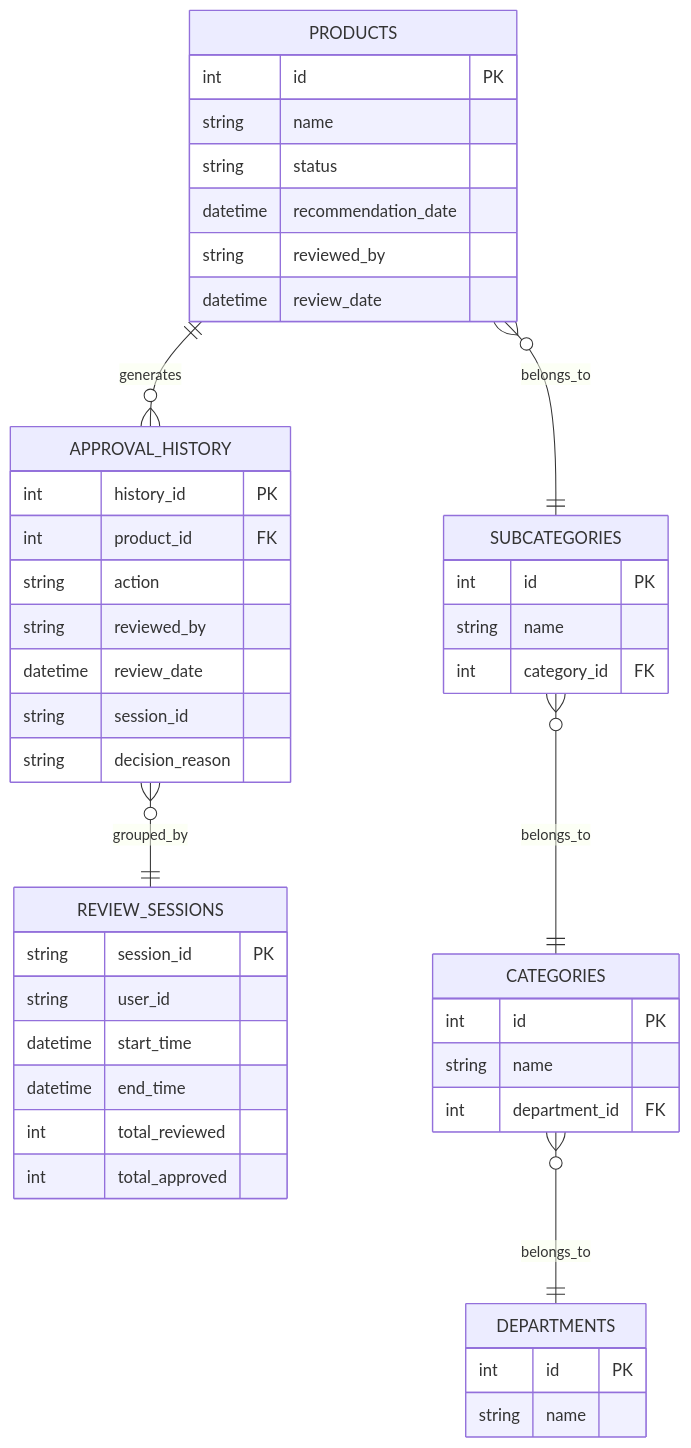
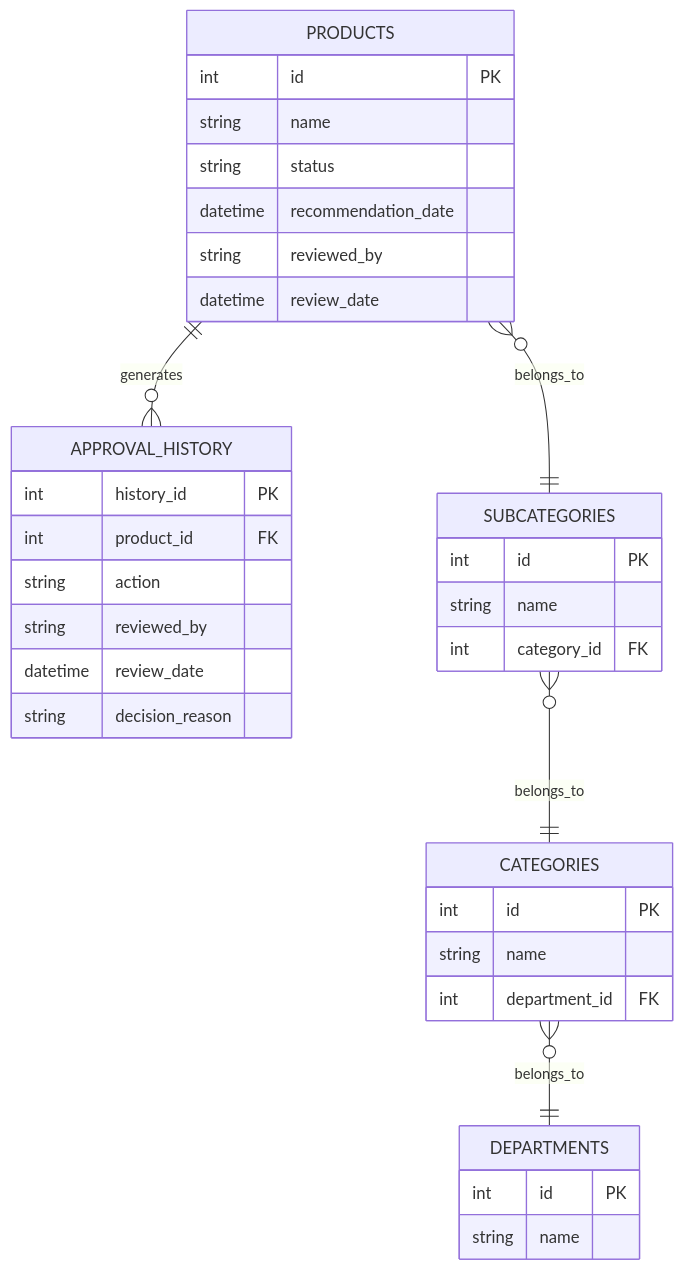
The second of 6 diagrams in RECOMMENDED_PRODUCTS_PLAN.md (azen-alex/streamlit), drawn with Mermaid before and after one commit. The commit also changed other lines of this file and 1 other file, not shown here.

First line of the commit message:
Remove review sessions feature from documentation and code

````diff
--- a/RECOMMENDED_PRODUCTS_PLAN.md
+++ b/RECOMMENDED_PRODUCTS_PLAN.md
@@ -111,53 +110,42 @@
 ```mermaid
 erDiagram
     PRODUCTS {
         int id PK
         string name
         string status
         datetime recommendation_date
         string reviewed_by
         datetime review_date
     }
     
     APPROVAL_HISTORY {
         int history_id PK
         int product_id FK
         string action
         string reviewed_by
         datetime review_date
-        string session_id
         string decision_reason
-    }
-    
-    REVIEW_SESSIONS {
-        string session_id PK
-        string user_id
-        datetime start_time
-        datetime end_time
-        int total_reviewed
-        int total_approved
     }
     
     DEPARTMENTS {
         int id PK
         string name
     }
     
     CATEGORIES {
         int id PK
         string name
         int department_id FK
     }
     
     SUBCATEGORIES {
         int id PK
         string name
         int category_id FK
     }
     
     PRODUCTS ||--o{ APPROVAL_HISTORY : "generates"
-    APPROVAL_HISTORY }o--|| REVIEW_SESSIONS : "grouped_by"
     PRODUCTS }o--|| SUBCATEGORIES : "belongs_to"
     SUBCATEGORIES }o--|| CATEGORIES : "belongs_to"
     CATEGORIES }o--|| DEPARTMENTS : "belongs_to"
 ```
````
